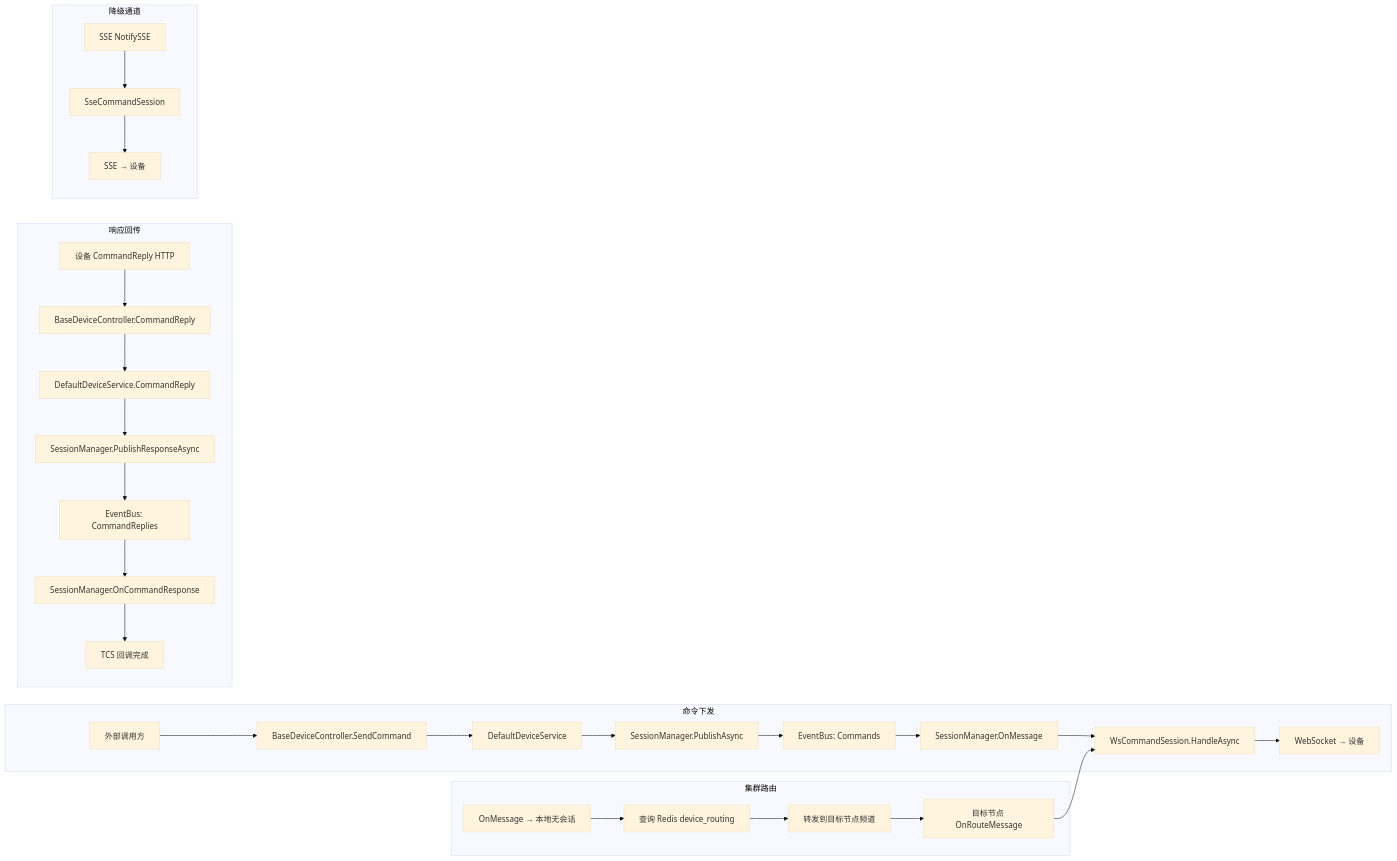
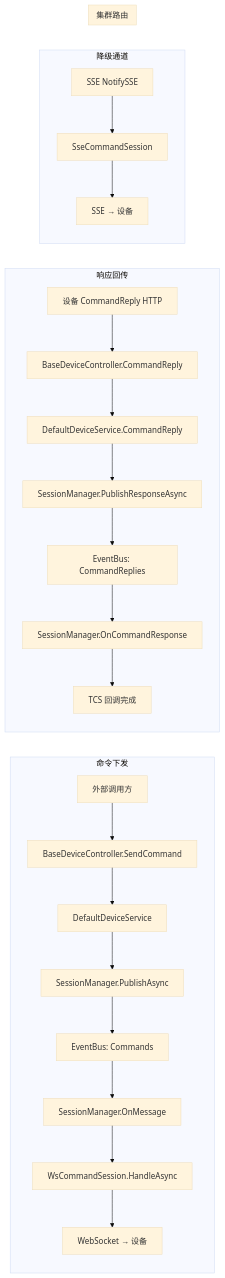
One commit to NewLifeX/NewLife.Remoting changed the third of 5 diagrams in Doc/架构设计.md. Above: the diagram before and after it, drawn with Mermaid (base theme). The commit also changed other lines of this file and 4 other files, not shown here.

````diff
--- a/Doc/架构设计.md
+++ b/Doc/架构设计.md
@@ -188,33 +188,29 @@
 ```mermaid
 flowchart LR
     subgraph 命令下发
         A[外部调用方] --> B[BaseDeviceController.SendCommand]
         B --> C[DefaultDeviceService]
         C --> D[SessionManager.PublishAsync]
         D --> E[EventBus: Commands]
         E --> F[SessionManager.OnMessage]
         F --> G[WsCommandSession.HandleAsync]
         G --> H[WebSocket → 设备]
     end
 
     subgraph 响应回传
         I[设备 CommandReply HTTP] --> J[BaseDeviceController.CommandReply]
         J --> K[DefaultDeviceService.CommandReply]
         K --> L[SessionManager.PublishResponseAsync]
         L --> M[EventBus: CommandReplies]
         M --> N[SessionManager.OnCommandResponse]
         N --> O[TCS 回调完成]
     end
 
     subgraph 降级通道
         P[SSE NotifySSE] --> Q[SseCommandSession]
         Q --> R[SSE → 设备]
     end
 
     subgraph 集群路由
-        S[OnMessage → 本地无会话] --> T[查询 Redis device_routing]
-        T --> U[转发到目标节点频道]
-        U --> V[目标节点 OnRouteMessage]
-        V --> G
     end
 ```
````
